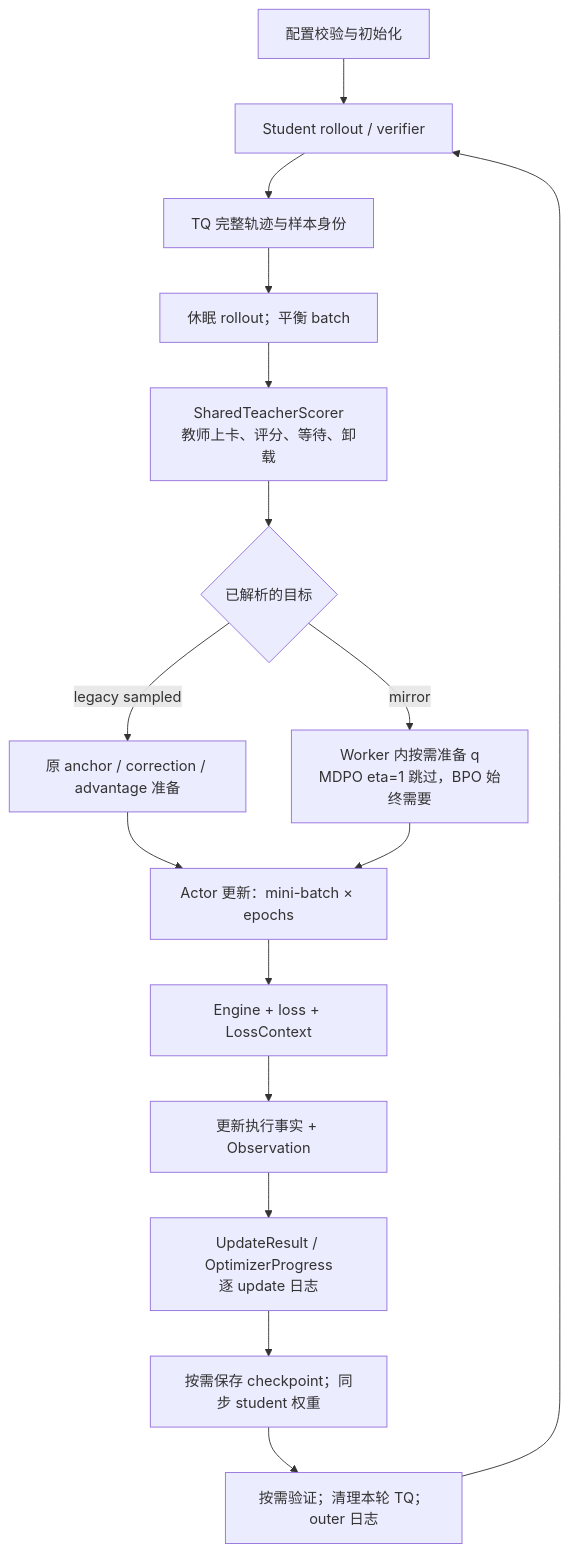
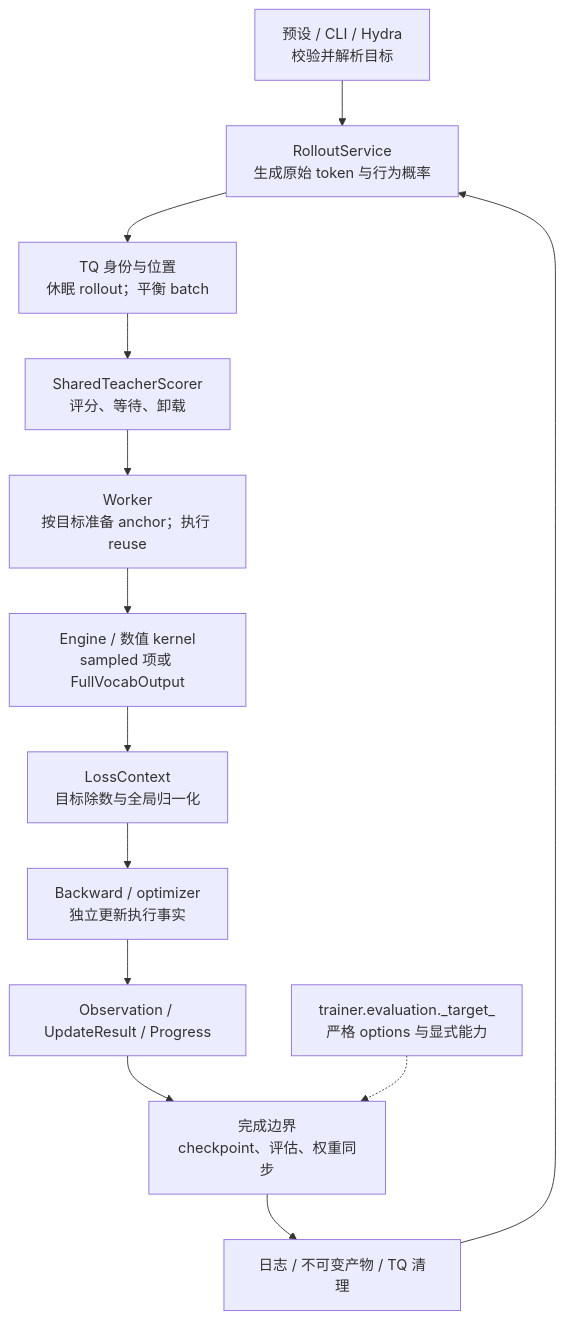
One commit to WncFht/MirrorOPD-verl changed the first of 2 diagrams in examples/mirroropd/docs/infra/architecture/README.md. Above: the diagram before and after it, drawn with Mermaid. The commit also changed other lines of this file and 7 other files, not shown here.

First line of the commit message:
docs(architecture): separate current contracts from migration history

````diff
--- a/examples/mirroropd/docs/infra/architecture/README.md
+++ b/examples/mirroropd/docs/infra/architecture/README.md
@@ -23,18 +24,15 @@
 ```mermaid
 flowchart TD
-    A["配置校验与初始化"] --> B["Student rollout / verifier"]
-    B --> C["TQ 完整轨迹与样本身份"]
-    C --> D["休眠 rollout；平衡 batch"]
-    D --> E["SharedTeacherScorer<br/>教师上卡、评分、等待、卸载"]
-    E --> F{"已解析的目标"}
-    F -->|legacy sampled| G["原 anchor / correction / advantage 准备"]
-    F -->|mirror| H["Worker 内按需准备 q<br/>MDPO eta=1 跳过，BPO 始终需要"]
-    G --> I["Actor 更新：mini-batch × epochs"]
-    H --> I
-    I --> J["Engine + loss + LossContext"]
-    J --> K["更新执行事实 + Observation"]
-    K --> L["UpdateResult / OptimizerProgress<br/>逐 update 日志"]
-    L --> M["按需保存 checkpoint；同步 student 权重"]
-    M --> N["按需验证；清理本轮 TQ；outer 日志"]
-    N --> B
+    A["预设 / CLI / Hydra<br/>校验并解析目标"] --> B["RolloutService<br/>生成原始 token 与行为概率"]
+    B --> C["TQ 身份与位置<br/>休眠 rollout；平衡 batch"]
+    C --> D["SharedTeacherScorer<br/>评分、等待、卸载"]
+    D --> E["Worker<br/>按目标准备 anchor；执行 reuse"]
+    E --> F["Engine / 数值 kernel<br/>sampled 项或 FullVocabOutput"]
+    F --> G["LossContext<br/>目标除数与全局归一化"]
+    G --> H["Backward / optimizer<br/>独立更新执行事实"]
+    H --> I["Observation / UpdateResult / Progress"]
+    I --> J["完成边界<br/>checkpoint、评估、权重同步"]
+    J --> K["日志 / 不可变产物 / TQ 清理"]
+    K --> B
+    P["trainer.evaluation._target_<br/>严格 options 与显式能力"] -.-> J
 ```
````
